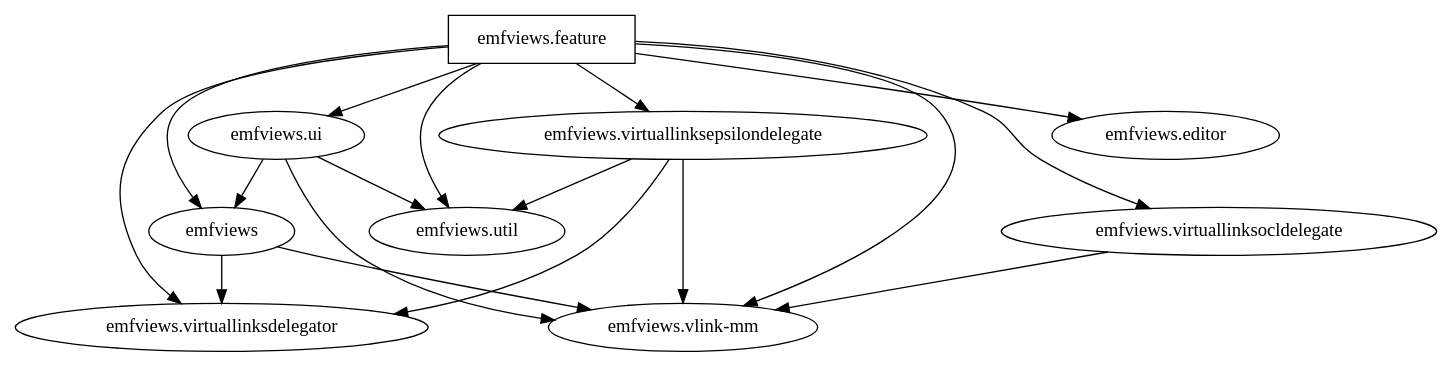
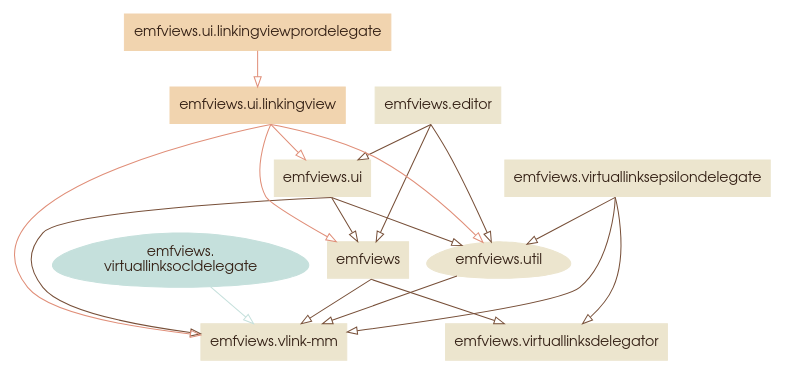
Before and after one commit to fmdkdd/monoge: the diagram in doc/emfviews-plugin-dependencies.dot, drawn with Graphviz. The commit also changed 2 other files, not shown here.

```diff
--- a/doc/emfviews-plugin-dependencies.dot
+++ b/doc/emfviews-plugin-dependencies.dot
@@ -1,40 +1,74 @@
-digraph G {
-  "emfviews.feature" [shape=box]
+digraph {
+  size="8,8"
 
-  "emfviews.feature" -> {
-    emfviews
-    "emfviews.editor"
-    "emfviews.ui"
-    "emfviews.ui"
-    "emfviews.util"
-    "emfviews.virtuallinksdelegator"
-    "emfviews.virtuallinksepsilondelegate"
-    "emfviews.virtuallinksocldelegate"
-    "emfviews.vlink-mm"
-  }
+  node [shape=box,
+        style=filled,
+        color="#ece5ce",
+        fillcolor="#ece5ce",
+        fontcolor="#342015",
+        fontname="TeX Gyre Adventor"]
+
+  edge [arrowhead=empty,
+        style=solid,
+        sametail=true,
+        color="#774f38"]
+
   emfviews -> {
     "emfviews.virtuallinksdelegator"
     "emfviews.vlink-mm"
+  }
+
+  "emfviews.editor" -> {
+    "emfviews.ui"
+    "emfviews"
+    "emfviews.util"
   }
 
   "emfviews.ui" -> {
     emfviews
     "emfviews.vlink-mm"
     "emfviews.util"
   }
 
-  "emfviews.util" -> {}
+  "emfviews.util" -> {
+    "emfviews.vlink-mm"
+  }
+  "emfviews.util" [shape=egg]
+
   "emfviews.virtuallinksdelegator" -> {}
+
   "emfviews.virtuallinksepsilondelegate" -> {
     "emfviews.vlink-mm"
     "emfviews.virtuallinksdelegator"
     "emfviews.util"
-
   }
 
-  "emfviews.virtuallinksocldelegate" -> {
+  node [fillcolor="#c5e0dc",
+        color="#c5e0dc"]
+
+  edge [color="#c5e0dc"]
+
+  "emfviews.\nvirtuallinksocldelegate" [shape=egg]
+  "emfviews.\nvirtuallinksocldelegate" -> {
     "emfviews.vlink-mm"
   }
 
   "emfviews.vlink-mm" -> {}
+
+  node [fillcolor="#f1d4af",
+        color="#f1d4af"]
+
+  edge [color="#e08e78"]
+
+  "emfviews.ui.linkingview" -> {
+    "emfviews"
+    "emfviews.ui"
+    "emfviews.vlink-mm"
+    "emfviews.util"
+  }
+
+  "emfviews.ui.linkingviewprordelegate" -> {
+    "emfviews.ui.linkingview"
+  }
+
 }
```
